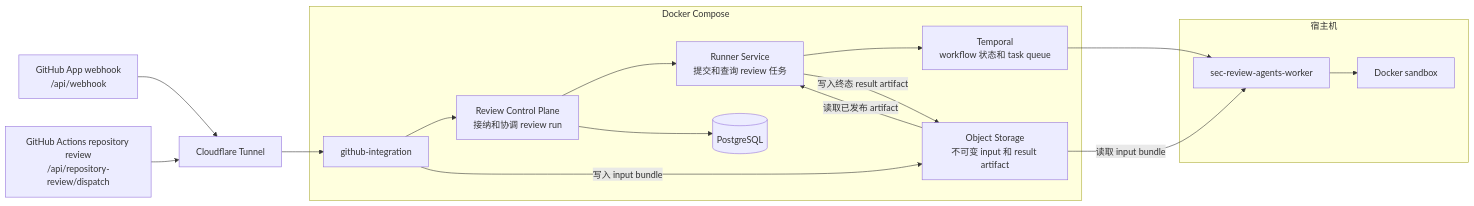
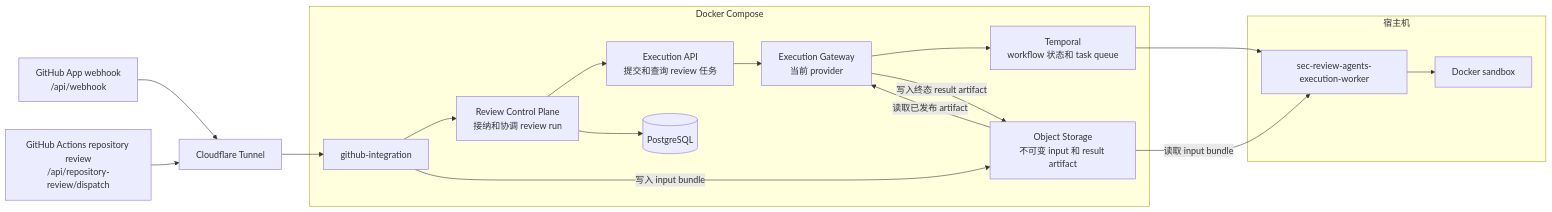
One commit to Agent-AI-Chalmers/sec-review-bot changed the diagram in docs/operations/LOCAL_INTEGRATED_DEPLOYMENT.zh.md. Above: the diagram before and after it, drawn with Mermaid. The commit also changed other lines of this file and 16 other files, not shown here.

Commit message:
docs(architecture): document the runtime topology

````diff
--- a/docs/operations/LOCAL_INTEGRATED_DEPLOYMENT.zh.md
+++ b/docs/operations/LOCAL_INTEGRATED_DEPLOYMENT.zh.md
@@ -13,23 +13,24 @@
 ```mermaid
 flowchart LR
     webhook["GitHub App webhook<br/>/api/webhook"] --> tunnel["Cloudflare Tunnel"]
     dispatch["GitHub Actions repository review<br/>/api/repository-review/dispatch"] --> tunnel
 
     subgraph compose["Docker Compose"]
         integration["github-integration"] --> control["Review Control Plane<br/>接纳和协调 review run"]
-        control --> runner["Runner Service<br/>提交和查询 review 任务"]
+        control --> api["Execution API<br/>提交和查询 review 任务"]
+        api --> gateway["Execution Gateway<br/>当前 provider"]
         control --> postgres[(PostgreSQL)]
-        runner --> temporal["Temporal<br/>workflow 状态和 task queue"]
+        gateway --> temporal["Temporal<br/>workflow 状态和 task queue"]
         integration -->|写入 input bundle| storage["Object Storage<br/>不可变 input 和 result artifact"]
-        runner -->|写入终态 result artifact| storage
+        gateway -->|写入终态 result artifact| storage
     end
 
     subgraph host["宿主机"]
-        worker["sec-review-agents-worker"] --> sandbox["Docker sandbox"]
+        worker["sec-review-agents-execution-worker"] --> sandbox["Docker sandbox"]
     end
 
     tunnel --> integration
     temporal --> worker
     storage -->|读取 input bundle| worker
-    storage -->|读取已发布 artifact| runner
+    storage -->|读取已发布 artifact| gateway
 ```
````
